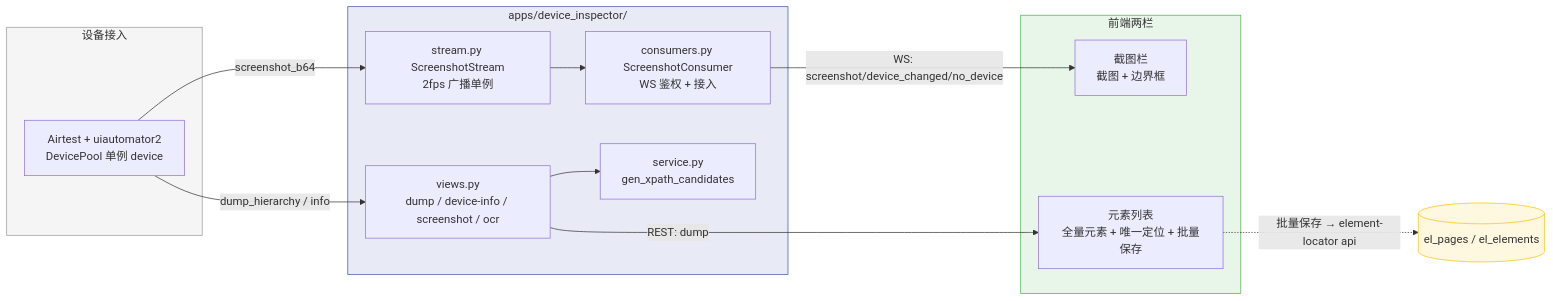
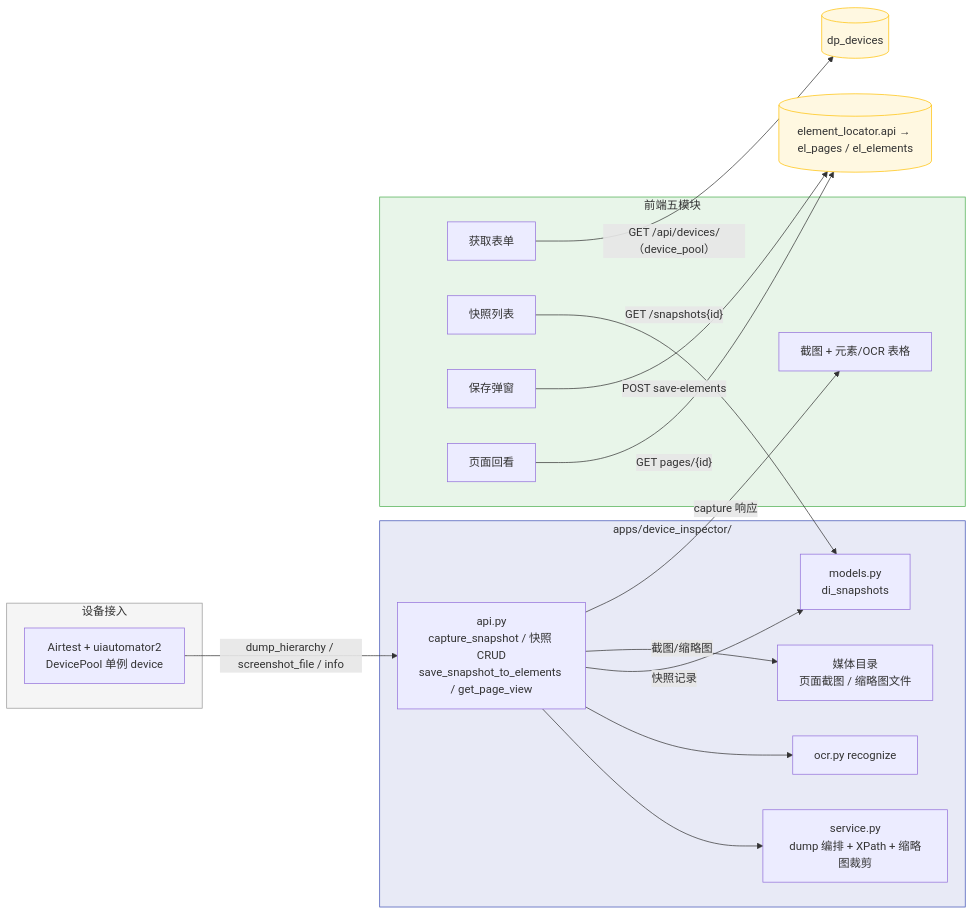
Before and after one commit to Kahoku-lazy/Android-AutoTests: the third of 5 diagrams in dev_docs/03-设计与架构/ARCH-03-设备检查器.md, drawn with Mermaid. The commit also changed other lines of this file and 53 other files, not shown here.

````diff
--- a/dev_docs/03-设计与架构/ARCH-03-设备检查器.md
+++ b/dev_docs/03-设计与架构/ARCH-03-设备检查器.md
@@ -97,31 +103,39 @@
 ```mermaid
 flowchart LR
     subgraph SRC["设备接入"]
         DEV["Airtest + uiautomator2<br/>DevicePool 单例 device"]
     end
 
     subgraph BACK["apps/device_inspector/"]
-        ST["stream.py ScreenshotStream<br/>2fps 广播单例"]
-        CS["consumers.py ScreenshotConsumer<br/>WS 鉴权 + 接入"]
-        VW["views.py<br/>dump / device-info / screenshot / ocr"]
-        SV["service.py<br/>gen_xpath_candidates"]
+        API["api.py<br/>capture_snapshot / 快照 CRUD<br/>save_snapshot_to_elements / get_page_view"]
+        SV["service.py<br/>dump 编排 + XPath + 缩略图裁剪"]
+        OCR["ocr.py recognize"]
+        MD["models.py<br/>di_snapshots"]
+        FS["媒体目录<br/>页面截图 / 缩略图文件"]
     end
 
-    subgraph FE["前端两栏"]
-        PHONE["截图栏<br/>截图 + 边界框"]
-        PE["元素列表<br/>全量元素 + 唯一定位 + 批量保存"]
+    subgraph FE["前端五模块"]
+        FORM["获取表单"]
+        VIEW["截图 + 元素/OCR 表格"]
+        SNAP["快照列表"]
+        SAVE["保存弹窗"]
+        BACKVIEW["页面回看"]
     end
 
-    DEV -->|"screenshot_b64"| ST
-    DEV -->|"dump_hierarchy / info"| VW
-    VW --> SV
-    ST --> CS
-    CS -->|"WS: screenshot/device_changed/no_device"| PHONE
-    VW -->|"REST: dump"| PE
-    PE -.->|"批量保存 → element-locator api"| EL[("el_pages / el_elements")]
+    DEV -->|"dump_hierarchy / screenshot_file / info"| API
+    API --> SV
+    API --> OCR
+    API -->|"快照记录"| MD
+    API -->|"截图/缩略图"| FS
+    API -->|"capture 响应"| VIEW
+    SNAP -->|"GET /snapshots{id}"| MD
+    SAVE -->|"POST save-elements"| EL[("element_locator.api → el_pages / el_elements")]
+    BACKVIEW -->|"GET pages/{id}"| EL
+    FORM -->|"GET /api/devices/（device_pool）"| DP[("dp_devices")]
 
     style SRC fill:#f5f5f5,stroke:#999
     style BACK fill:#e8eaf6,stroke:#3f51b5
     style FE fill:#e8f5e9,stroke:#4caf50
     style EL fill:#fff8e1,stroke:#ffc107
+    style DP fill:#fff8e1,stroke:#ffc107
 ```
````
